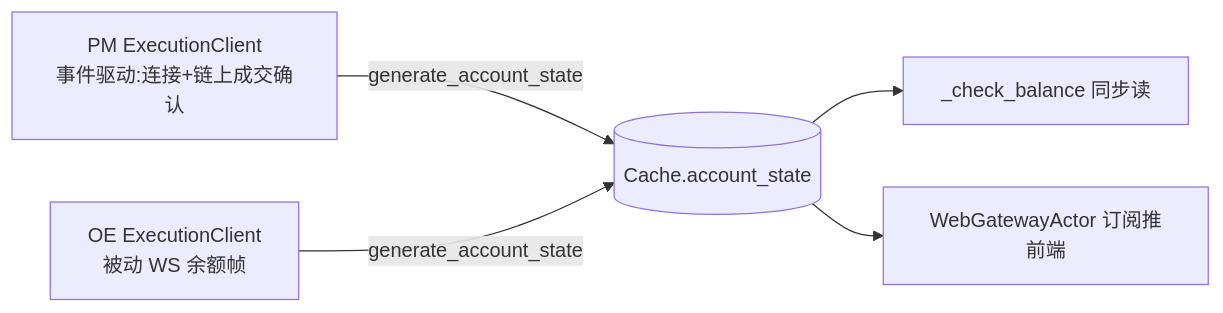
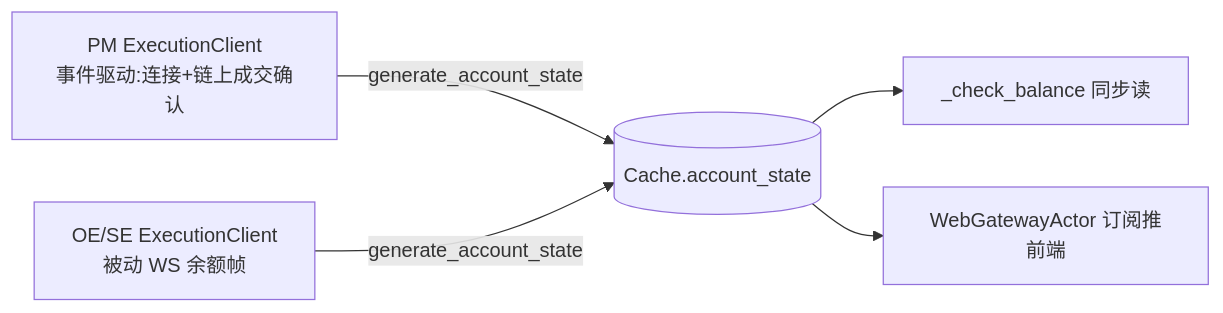
Before and after one commit to psnewer/nautilus_trader: the second of 3 diagrams in docs/arbitrage/architectures/risk/architecture.md, drawn with Mermaid. The commit also changed other lines of this file and 105 other files, not shown here.

````diff
--- a/docs/arbitrage/architectures/risk/architecture.md
+++ b/docs/arbitrage/architectures/risk/architecture.md
@@ -54,7 +56,7 @@
 ```mermaid
 flowchart LR
   PM[PM ExecutionClient<br/>事件驱动:连接+链上成交确认] -->|generate_account_state| CACHE[(Cache.account_state)]
-  OE[OE ExecutionClient<br/>被动 WS 余额帧] -->|generate_account_state| CACHE
+  DEC[OE/SE ExecutionClient<br/>被动 WS 余额帧] -->|generate_account_state| CACHE
   CACHE --> RB[_check_balance 同步读]
   CACHE --> WG[WebGatewayActor 订阅推前端]
 ```
````
